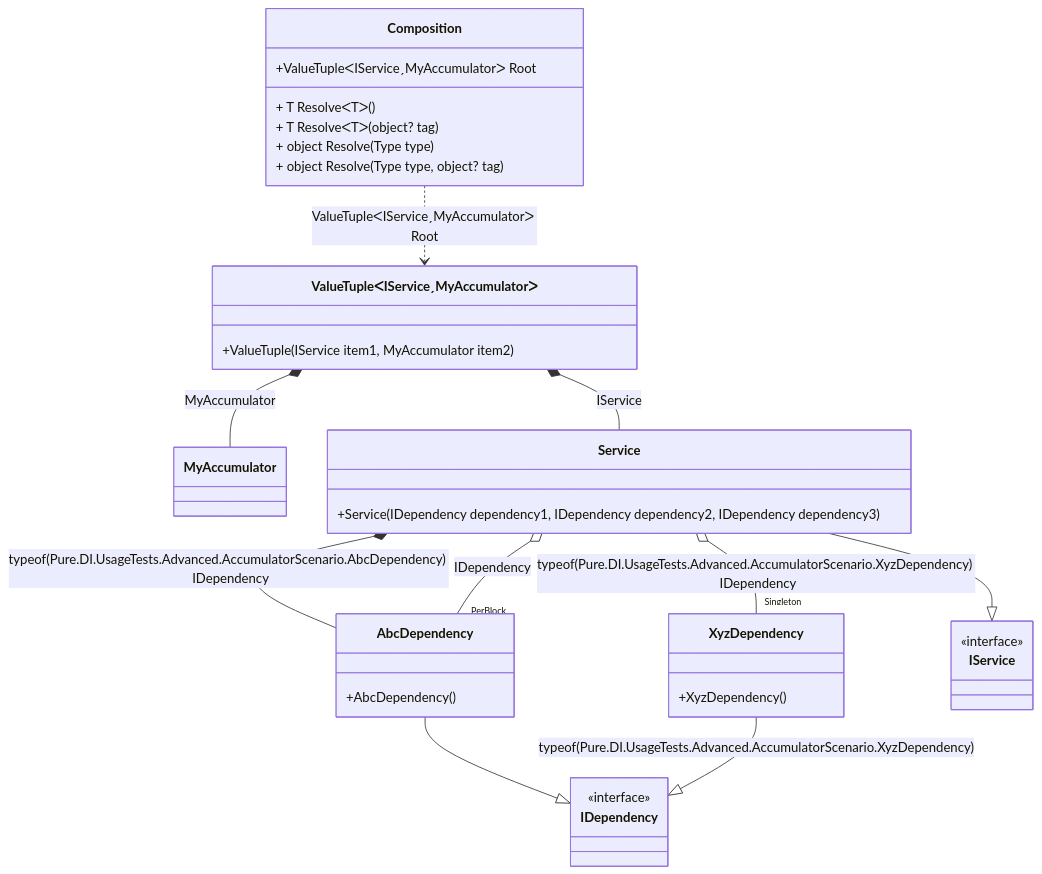
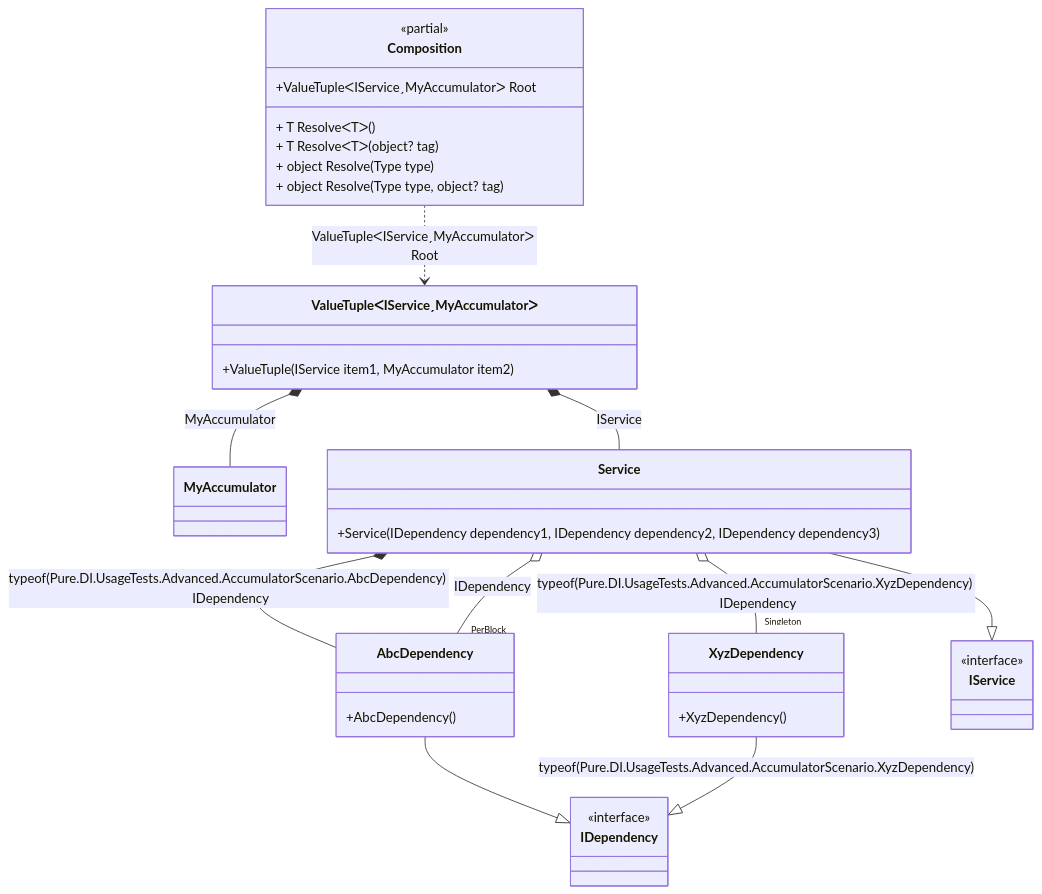
The diagram in readme/accumulators.md (DevTeam/Pure.DI), drawn with Mermaid before and after one commit. The commit also changed 74 other files, not shown here.

Commit message:
Improved class diagram

````diff
--- a/readme/accumulators.md
+++ b/readme/accumulators.md
@@ -46,38 +46,39 @@
 ```mermaid
 classDiagram
 	class Composition {
+		<<partial>>
 		+ValueTupleᐸIServiceˏMyAccumulatorᐳ Root
 		+ T ResolveᐸTᐳ()
 		+ T ResolveᐸTᐳ(object? tag)
 		+ object Resolve(Type type)
 		+ object Resolve(Type type, object? tag)
 	}
 	class MyAccumulator
 	class ValueTupleᐸIServiceˏMyAccumulatorᐳ {
 		+ValueTuple(IService item1, MyAccumulator item2)
 	}
 	AbcDependency --|> IDependency : 
 	class AbcDependency {
 		+AbcDependency()
 	}
 	XyzDependency --|> IDependency : typeof(Pure.DI.UsageTests.Advanced.AccumulatorScenario.XyzDependency) 
 	class XyzDependency {
 		+XyzDependency()
 	}
 	Service --|> IService : 
 	class Service {
 		+Service(IDependency dependency1, IDependency dependency2, IDependency dependency3)
 	}
 	class IDependency {
 		<<interface>>
 	}
 	class IService {
 		<<interface>>
 	}
 	ValueTupleᐸIServiceˏMyAccumulatorᐳ *--  Service : IService
 	ValueTupleᐸIServiceˏMyAccumulatorᐳ *--  MyAccumulator : MyAccumulator
 	Service *--  AbcDependency : typeof(Pure.DI.UsageTests.Advanced.AccumulatorScenario.AbcDependency)  IDependency
-	Service o--  "Singleton" XyzDependency : typeof(Pure.DI.UsageTests.Advanced.AccumulatorScenario.XyzDependency)  IDependency
-	Service o--  "PerBlock" AbcDependency : IDependency
+	Service o-- "Singleton" XyzDependency : typeof(Pure.DI.UsageTests.Advanced.AccumulatorScenario.XyzDependency)  IDependency
+	Service o-- "PerBlock" AbcDependency : IDependency
 	Composition ..> ValueTupleᐸIServiceˏMyAccumulatorᐳ : ValueTupleᐸIServiceˏMyAccumulatorᐳ Root
 ```
````
